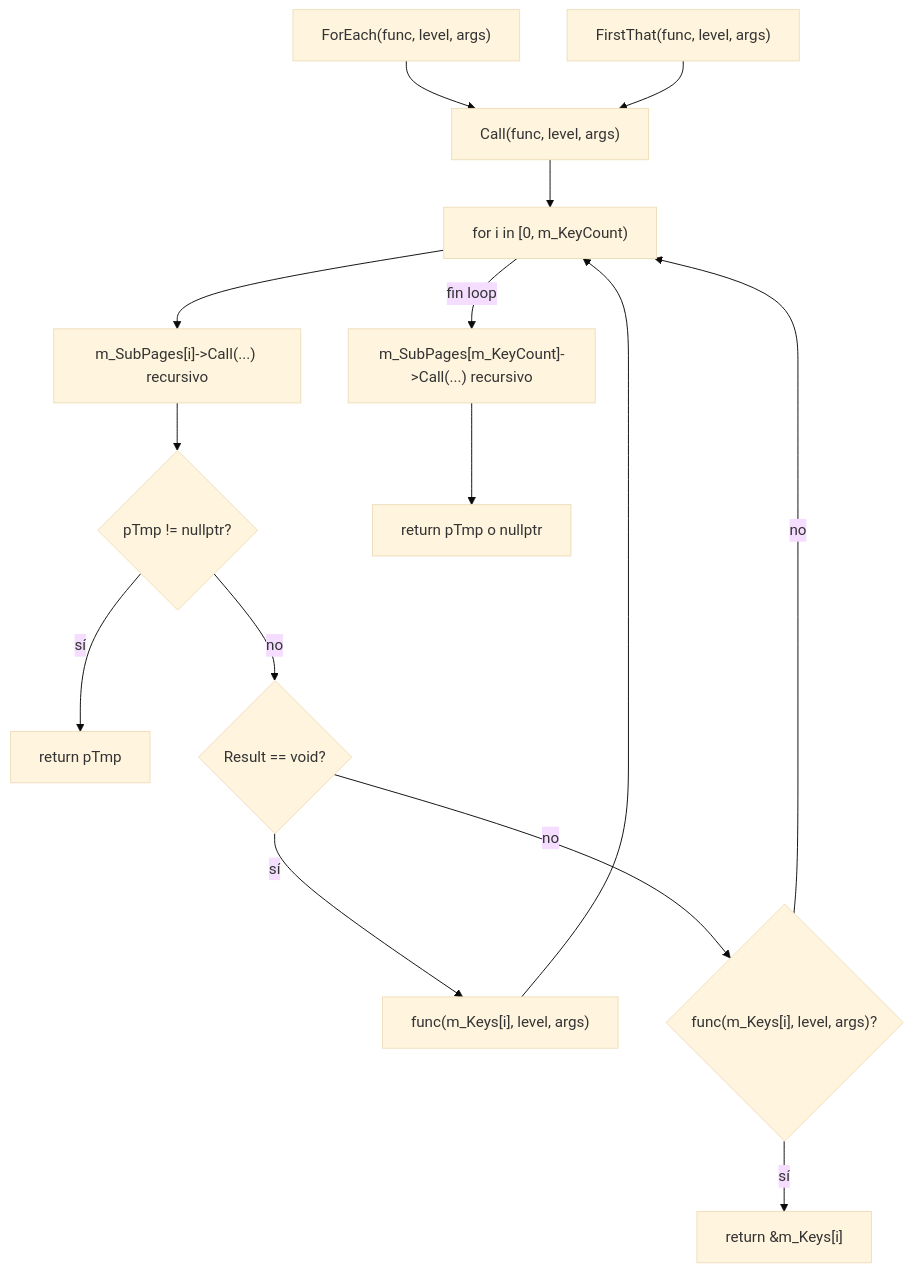
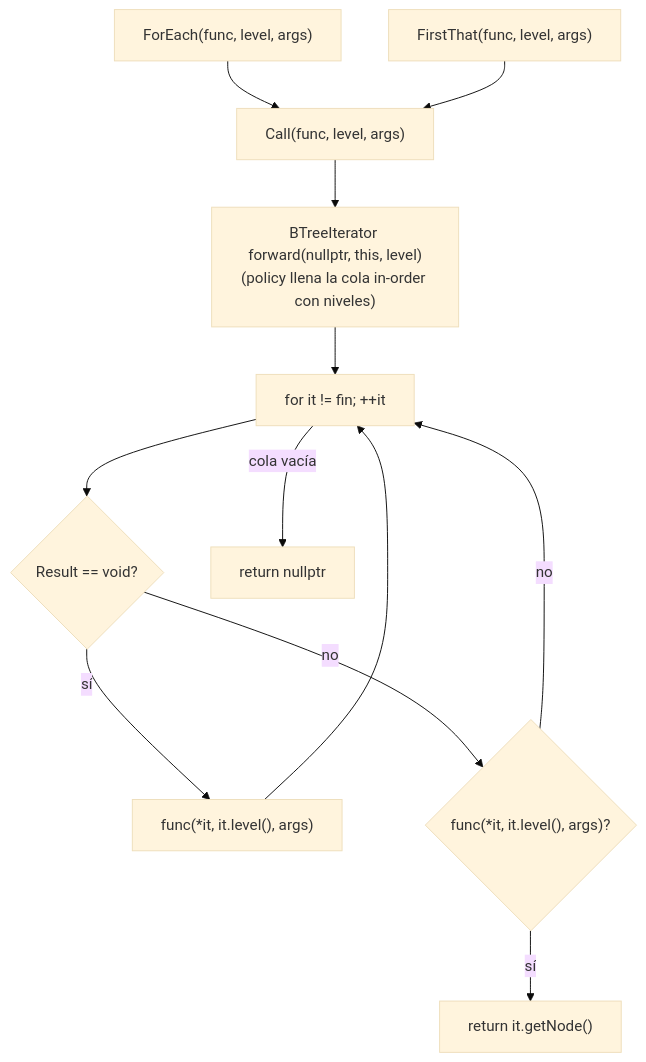
Before and after one commit to Camilo-vinatea/2026-I-MCC001-AED: the fifth of 6 diagrams in BTree.md, drawn with Mermaid (base theme). The commit also changed other lines of this file, not shown here.

````diff
--- a/BTree.md
+++ b/BTree.md
@@ -224,17 +247,14 @@
 ```mermaid
 flowchart TD
     A["ForEach(func, level, args)"] --> C["Call(func, level, args)"]
     B["FirstThat(func, level, args)"] --> C
-    C --> D["for i in [0, m_KeyCount)"]
-    D --> E["m_SubPages[i]->Call(...) recursivo"]
-    E --> F{pTmp != nullptr?}
-    F -->|sí| G[return pTmp]
-    F -->|no| H{"Result == void?"}
-    H -->|sí| I["func(m_Keys[i], level, args)"]
-    H -->|no| J{"func(m_Keys[i], level, args)?"}
-    J -->|sí| K["return &m_Keys[i]"]
-    J -->|no| D
-    I --> D
-    D -->|fin loop| L["m_SubPages[m_KeyCount]->Call(...) recursivo"]
-    L --> M["return pTmp o nullptr"]
+    C --> D["BTreeIterator forward(nullptr, this, level)\n(policy llena la cola in-order con niveles)"]
+    D --> E["for it != fin; ++it"]
+    E --> F{"Result == void?"}
+    F -->|sí| G["func(*it, it.level(), args)"]
+    F -->|no| H{"func(*it, it.level(), args)?"}
+    H -->|sí| I["return it.getNode()"]
+    H -->|no| E
+    G --> E
+    E -->|cola vacía| J["return nullptr"]
 ```
````
